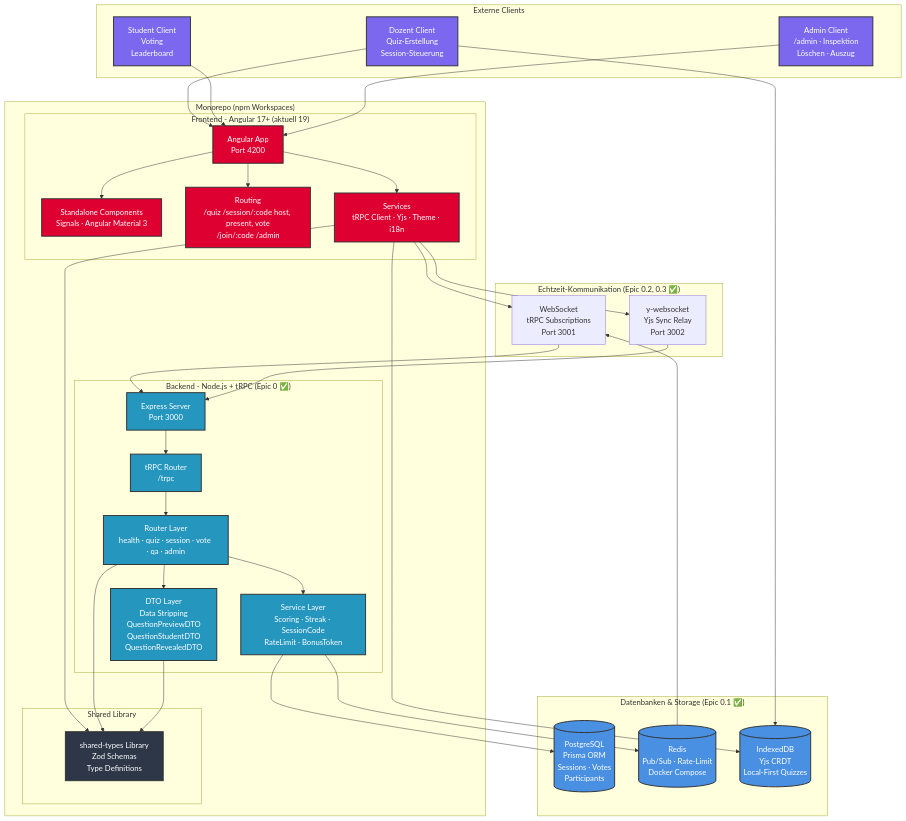
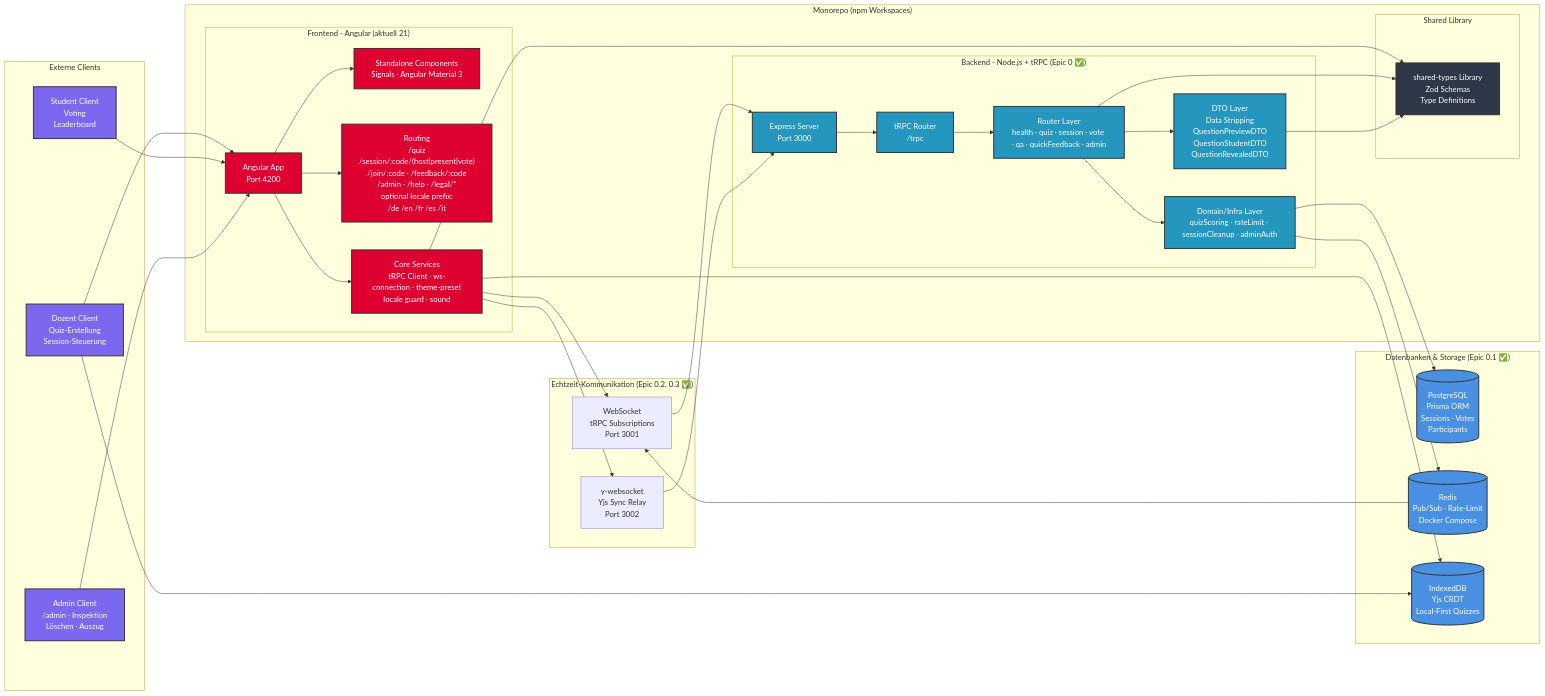
Before and after one commit to arsnova-dev/arsnova.eu: the first of 12 diagrams in docs/diagrams/architecture-overview.md, drawn with Mermaid. The commit also changed other lines of this file and 18 other files, not shown here.

````diff
--- a/docs/diagrams/architecture-overview.md
+++ b/docs/diagrams/architecture-overview.md
@@ -11,18 +11,19 @@
 ```mermaid
-graph TB
+%%{init: {'flowchart': {'curve': 'basis', 'nodeSpacing': 58, 'rankSpacing': 84, 'padding': 18}}}%%
+graph LR
     subgraph "Monorepo (npm Workspaces)"
-        subgraph "Frontend - Angular 17+ (aktuell 19)"
+        subgraph "Frontend - Angular (aktuell 21)"
             FE[Angular App<br/>Port 4200]
             FE_COMP[Standalone Components<br/>Signals · Angular Material 3]
-            FE_ROUTES["Routing<br/>/quiz /session/:code host, present, vote<br/>/join/:code /admin"]
-            FE_SERVICES[Services<br/>tRPC Client · Yjs · Theme · i18n]
+            FE_ROUTES["Routing<br/>/quiz<br/>/session/:code/(host|present|vote)<br/>/join/:code · /feedback/:code<br/>/admin · /help · /legal/*<br/>optional locale prefix:<br/>/de /en /fr /es /it"]
+            FE_SERVICES[Core Services<br/>tRPC Client · ws-connection · theme-preset<br/>locale guard · sound]
         end
         
         subgraph "Backend - Node.js + tRPC (Epic 0 ✅)"
             BE[Express Server<br/>Port 3000]
             TRPC["tRPC Router<br/>/trpc"]
-            ROUTERS[Router Layer<br/>health · quiz · session · vote · qa · admin]
-            SERVICES[Service Layer<br/>Scoring · Streak · SessionCode<br/>RateLimit · BonusToken]
+            ROUTERS[Router Layer<br/>health · quiz · session · vote · qa · quickFeedback · admin]
+            SERVICES[Domain/Infra Layer<br/>quizScoring · rateLimit · sessionCleanup · adminAuth]
             DTO[DTO Layer<br/>Data Stripping<br/>QuestionPreviewDTO<br/>QuestionStudentDTO<br/>QuestionRevealedDTO]
         end
         
````
